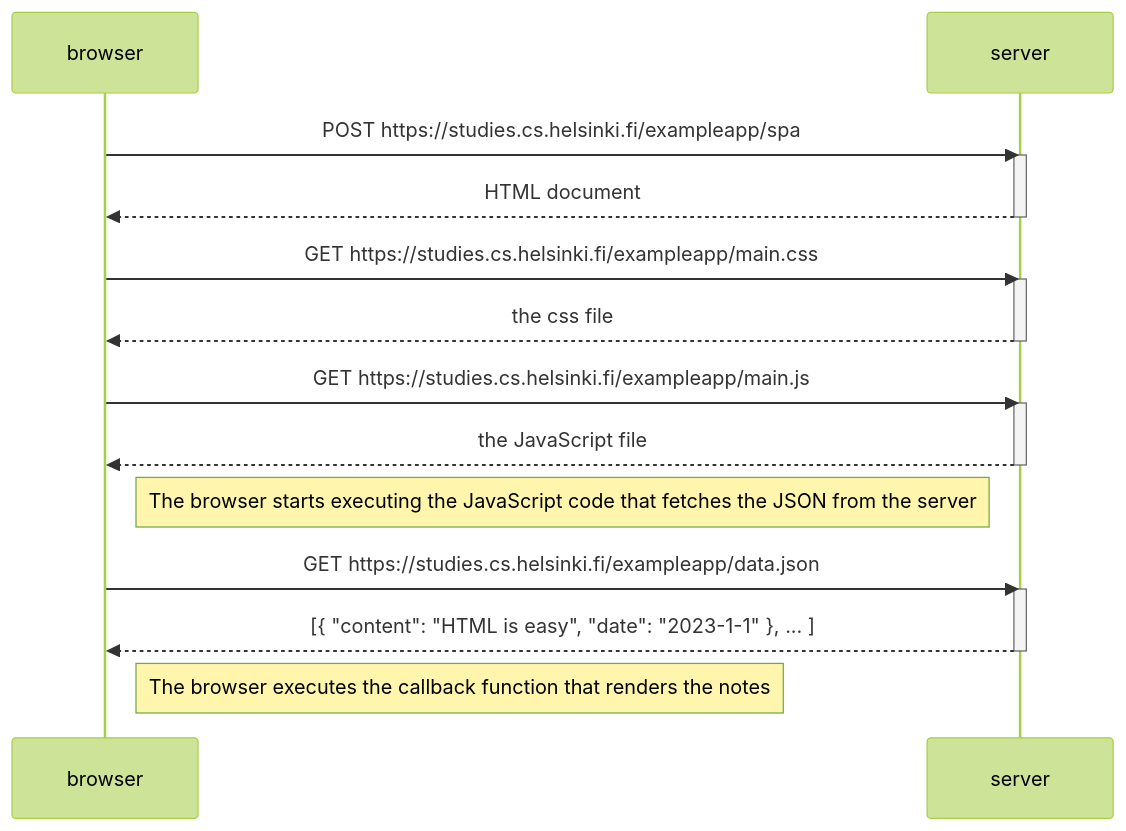
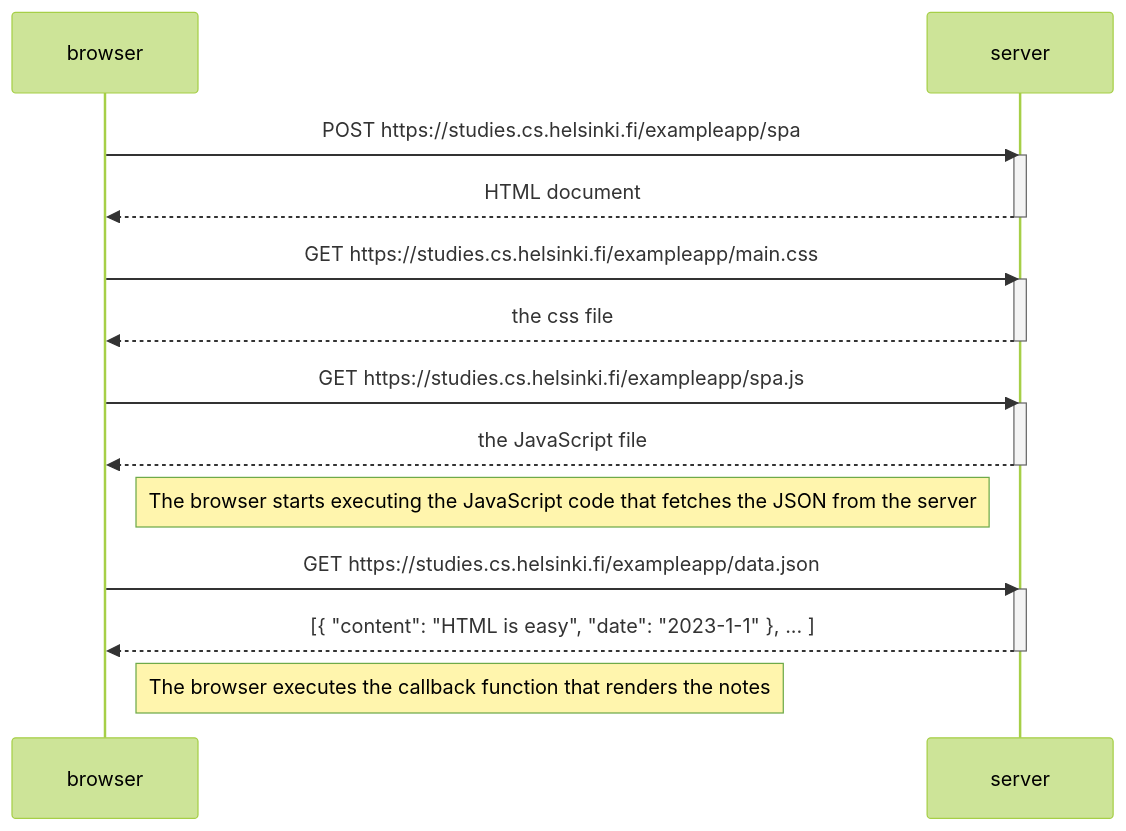
Before and after one commit to rcaley/Fullstackopen: the diagram in part0/single page app diagram/seq_diag.md, drawn with Mermaid (forest theme). The commit also changed 1 other file, not shown here.

Commit message:
Finished homework part0

````diff
--- a/part0/single page app diagram/seq_diag.md
+++ b/part0/single page app diagram/seq_diag.md
@@ -3,29 +3,29 @@
 ```mermaid
 sequenceDiagram
     participant browser
     participant server
 
     browser->>server: POST https://studies.cs.helsinki.fi/exampleapp/spa
     activate server
     server-->>browser: HTML document
     deactivate server
 
     browser->>server: GET https://studies.cs.helsinki.fi/exampleapp/main.css
     activate server
     server-->>browser: the css file
     deactivate server
 
-    browser->>server: GET https://studies.cs.helsinki.fi/exampleapp/main.js
+    browser->>server: GET https://studies.cs.helsinki.fi/exampleapp/spa.js
     activate server
     server-->>browser: the JavaScript file
     deactivate server
 
     Note right of browser: The browser starts executing the JavaScript code that fetches the JSON from the server
 
     browser->>server: GET https://studies.cs.helsinki.fi/exampleapp/data.json
     activate server
     server-->>browser: [{ "content": "HTML is easy", "date": "2023-1-1" }, ... ]
     deactivate server
 
     Note right of browser: The browser executes the callback function that renders the notes
 ```
````
